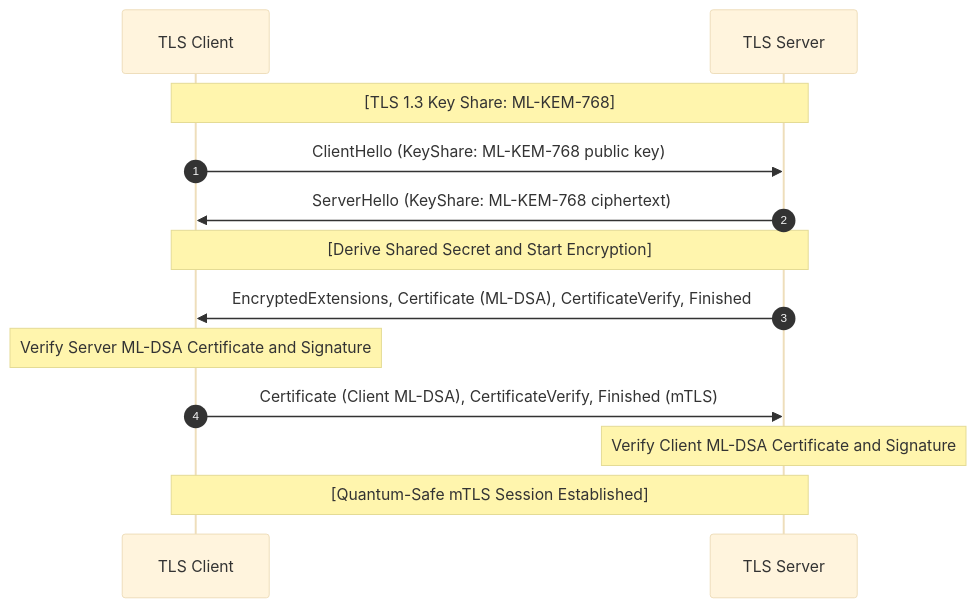
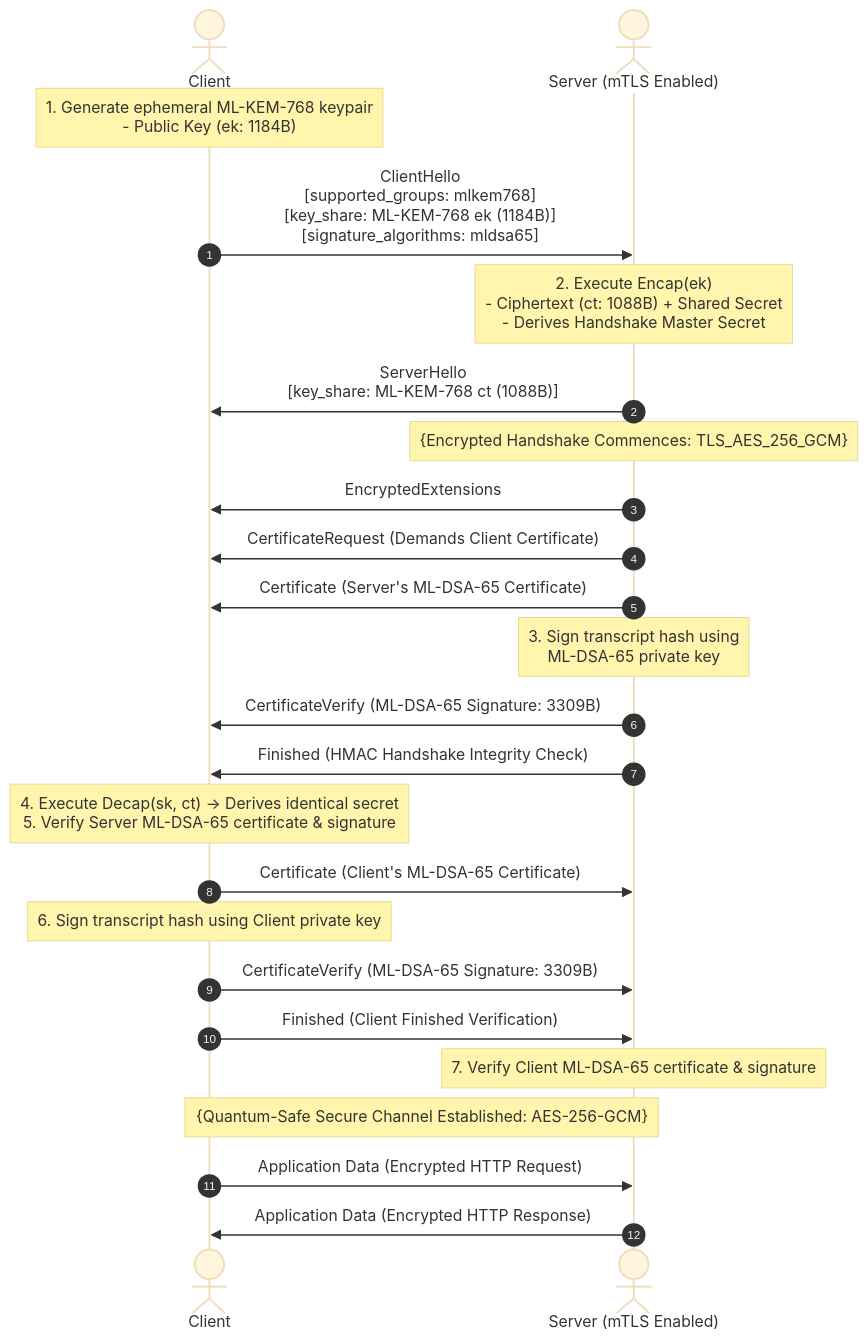
Before and after one commit to auking45/applied-pqc-lab: the diagram in docs/en/05-tls-and-mtls/index.md, drawn with Mermaid (base theme). The commit also changed other lines of this file and 10 other files, not shown here.

````diff
--- a/docs/en/05-tls-and-mtls/index.md
+++ b/docs/en/05-tls-and-mtls/index.md
@@ -6,16 +11,31 @@
 ```mermaid
 sequenceDiagram
     autonumber
-    participant Client as TLS Client
-    participant Server as TLS Server
+    actor Client as Client
+    actor Server as Server (mTLS Enabled)
 
-    Note over Client,Server: [TLS 1.3 Key Share: ML-KEM-768]
-    Client->>Server: ClientHello (KeyShare: ML-KEM-768 public key)
-    Server->>Client: ServerHello (KeyShare: ML-KEM-768 ciphertext)
-    Note over Client,Server: [Derive Shared Secret and Start Encryption]
-    Server->>Client: EncryptedExtensions, Certificate (ML-DSA), CertificateVerify, Finished
-    Note over Client: Verify Server ML-DSA Certificate and Signature
-    Client->>Server: Certificate (Client ML-DSA), CertificateVerify, Finished (mTLS)
-    Note over Server: Verify Client ML-DSA Certificate and Signature
-    Note over Client,Server: [Quantum-Safe mTLS Session Established]
+    Note over Client: 1. Generate ephemeral ML-KEM-768 keypair<br>- Public Key (ek: 1184B)
+    Client->>Server: ClientHello<br>[supported_groups: mlkem768]<br>[key_share: ML-KEM-768 ek (1184B)]<br>[signature_algorithms: mldsa65]
+    
+    Note over Server: 2. Execute Encap(ek)<br>- Ciphertext (ct: 1088B) + Shared Secret<br>- Derives Handshake Master Secret
+    Server->>Client: ServerHello<br>[key_share: ML-KEM-768 ct (1088B)]
+    
+    Note over Server: {Encrypted Handshake Commences: TLS_AES_256_GCM}
+    Server->>Client: EncryptedExtensions
+    Server->>Client: CertificateRequest (Demands Client Certificate)
+    Server->>Client: Certificate (Server's ML-DSA-65 Certificate)
+    Note over Server: 3. Sign transcript hash using<br>ML-DSA-65 private key
+    Server->>Client: CertificateVerify (ML-DSA-65 Signature: 3309B)
+    Server->>Client: Finished (HMAC Handshake Integrity Check)
+
+    Note over Client: 4. Execute Decap(sk, ct) -> Derives identical secret<br>5. Verify Server ML-DSA-65 certificate & signature
+    Client->>Server: Certificate (Client's ML-DSA-65 Certificate)
+    Note over Client: 6. Sign transcript hash using Client private key
+    Client->>Server: CertificateVerify (ML-DSA-65 Signature: 3309B)
+    Client->>Server: Finished (Client Finished Verification)
+
+    Note over Server: 7. Verify Client ML-DSA-65 certificate & signature
+    Note over Client,Server: {Quantum-Safe Secure Channel Established: AES-256-GCM}
+    Client->>Server: Application Data (Encrypted HTTP Request)
+    Server->>Client: Application Data (Encrypted HTTP Response)
 ```
````
